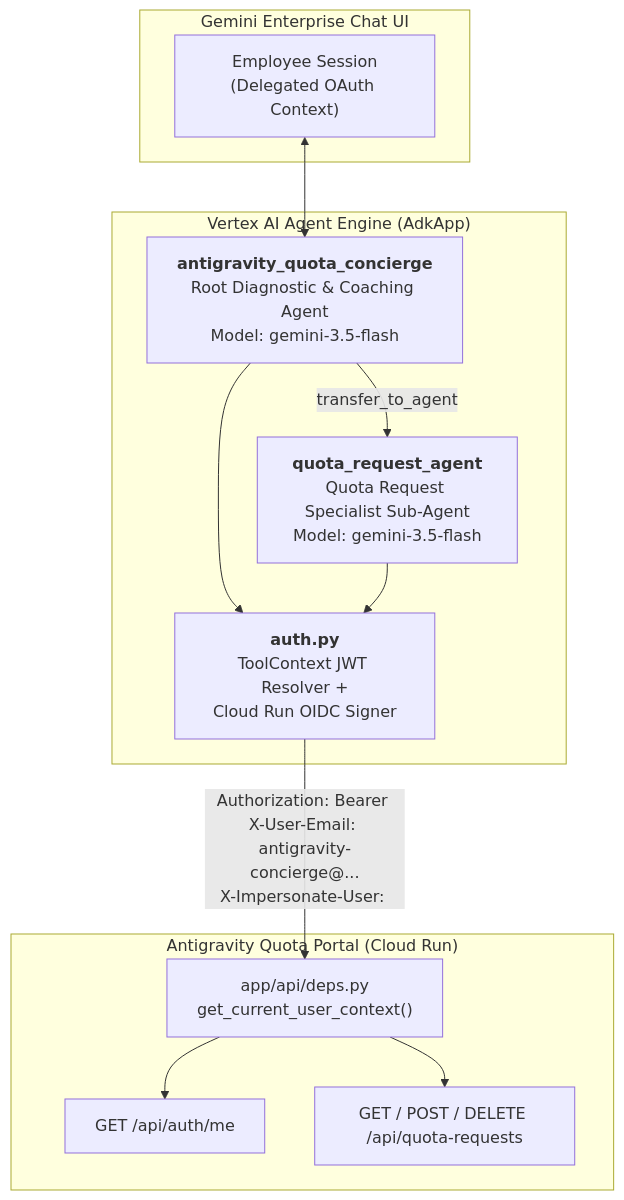
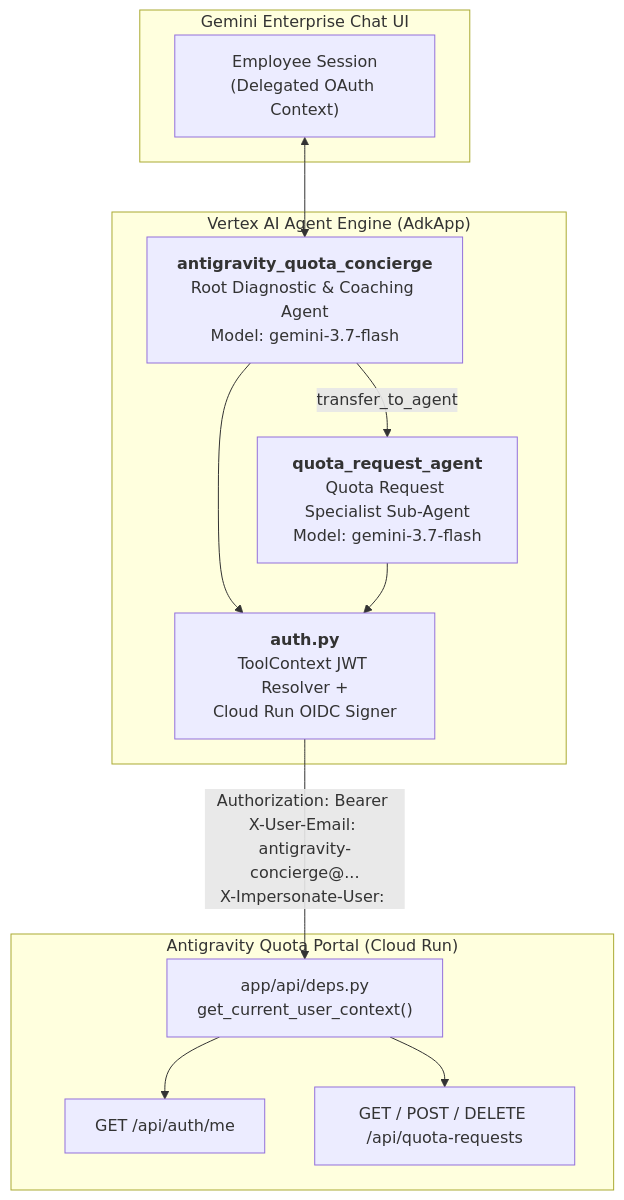
Before and after one commit to agentspace-ge/agy-quota-config-dash: the diagram in concierge-agent/docs/ARCHITECTURE.md, drawn with Mermaid. The commit also changed other lines of this file and 19 other files, not shown here.

First line of the commit message:
feat(finops): align authorized models with AGY matrix & migrate concierge to gemini-3.7-flash

````diff
--- a/concierge-agent/docs/ARCHITECTURE.md
+++ b/concierge-agent/docs/ARCHITECTURE.md
@@ -7,27 +7,27 @@
 ```mermaid
 flowchart TB
     subgraph GE["Gemini Enterprise Chat UI"]
         Emp["Employee Session<br/>(Delegated OAuth Context)"]
     end
 
     subgraph AE["Vertex AI Agent Engine (AdkApp)"]
-        Root["<b>antigravity_quota_concierge</b><br/>Root Diagnostic & Coaching Agent<br/>Model: gemini-3.5-flash"]
-        Sub["<b>quota_request_agent</b><br/>Quota Request Specialist Sub-Agent<br/>Model: gemini-3.5-flash"]
+        Root["<b>antigravity_quota_concierge</b><br/>Root Diagnostic & Coaching Agent<br/>Model: gemini-3.7-flash"]
+        Sub["<b>quota_request_agent</b><br/>Quota Request Specialist Sub-Agent<br/>Model: gemini-3.7-flash"]
         Auth["<b>auth.py</b><br/>ToolContext JWT Resolver +<br/>Cloud Run OIDC Signer"]
 
         Root -->|"transfer_to_agent"| Sub
         Root --> Auth
         Sub --> Auth
     end
 
     subgraph Portal["Antigravity Quota Portal (Cloud Run)"]
         Deps["app/api/deps.py<br/>get_current_user_context()"]
         AuthMe["GET /api/auth/me"]
         ReqAPI["GET / POST / DELETE /api/quota-requests"]
         Deps --> AuthMe
         Deps --> ReqAPI
     end
 
     Emp <--> Root
     Auth -->|"Authorization: Bearer <OIDC><br/>X-User-Email: antigravity-concierge@...<br/>X-Impersonate-User: <employee_email>"| Deps
 ```
````
